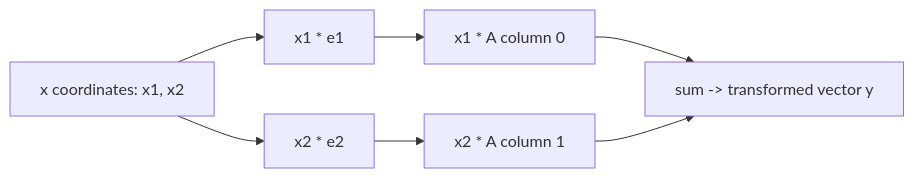
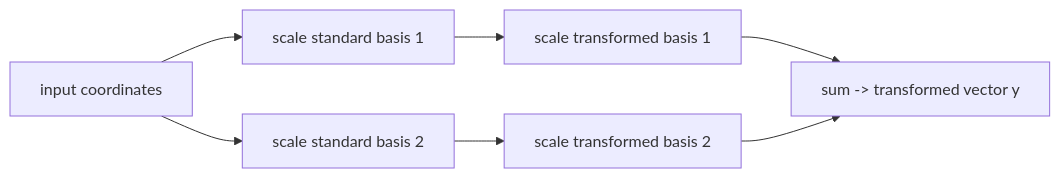
Before and after one commit to FxorG00/system-learning-notes: the second of 2 diagrams in ai_theory/T2/T2.md, drawn with Mermaid. The commit also changed other lines of this file and 6 other files, not shown here.

````diff
--- a/ai_theory/T2/T2.md
+++ b/ai_theory/T2/T2.md
@@ -313,9 +311,9 @@
 ```mermaid
 flowchart LR
-    X[x coordinates: x1, x2] --> B1[x1 * e1]
-    X --> B2[x2 * e2]
-    B1 --> C1[x1 * A column 0]
-    B2 --> C2[x2 * A column 1]
+    X[input coordinates] --> B1[scale standard basis 1]
+    X --> B2[scale standard basis 2]
+    B1 --> C1[scale transformed basis 1]
+    B2 --> C2[scale transformed basis 2]
     C1 --> Y[sum -> transformed vector y]
     C2 --> Y
 ```
````
